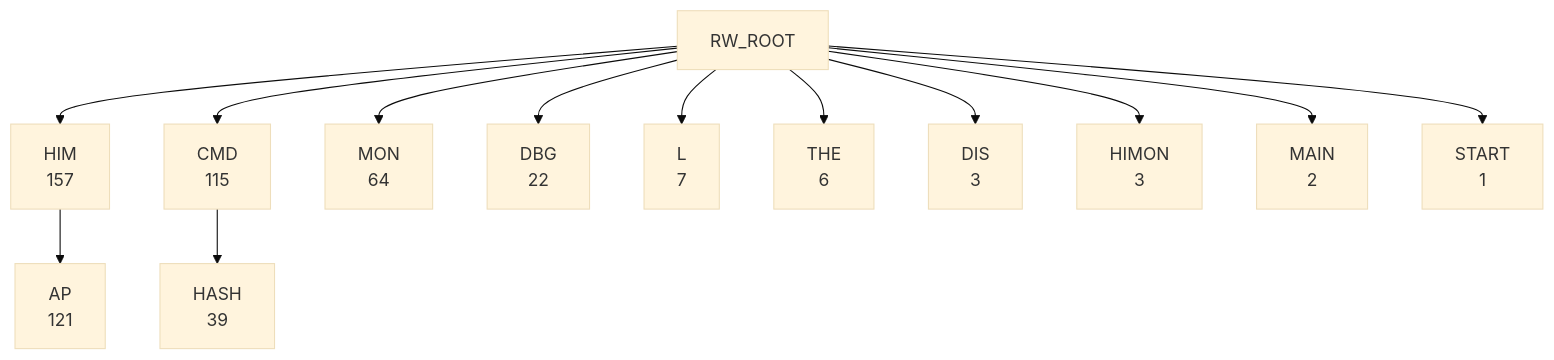
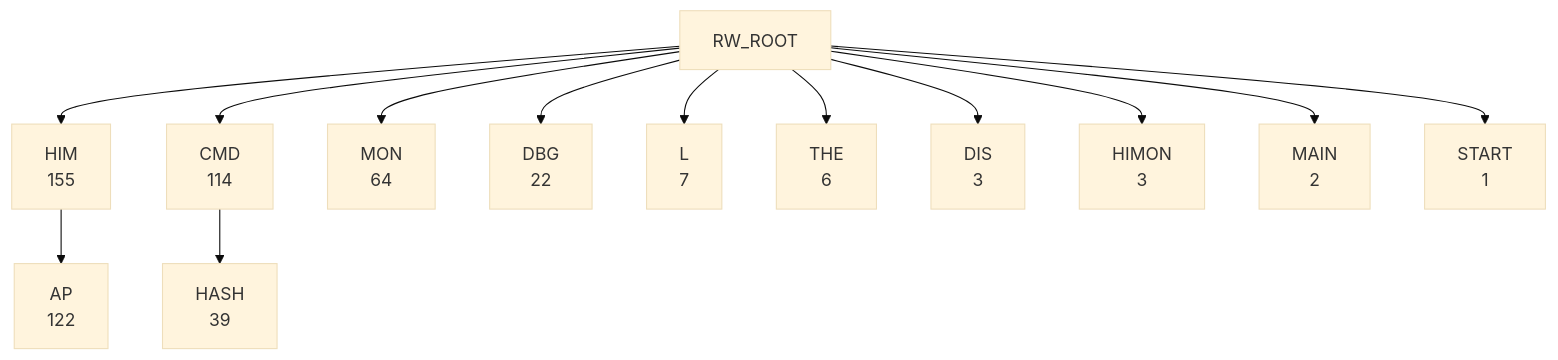
The second of 8 diagrams in DOC/GENERATED/ROUTINE_WORD_TREE.md (95westus/R-YORS), drawn with Mermaid (base theme) before and after one commit. The commit also changed other lines of this file and 243 other files, not shown here.

````diff
--- a/DOC/GENERATED/ROUTINE_WORD_TREE.md
+++ b/DOC/GENERATED/ROUTINE_WORD_TREE.md
@@ -29,15 +29,15 @@
 ```mermaid
 flowchart TD
-    RW_ROOT --> RW_HIM["HIM<br/>157"]
-    RW_ROOT --> RW_CMD["CMD<br/>115"]
+    RW_ROOT --> RW_HIM["HIM<br/>155"]
+    RW_ROOT --> RW_CMD["CMD<br/>114"]
     RW_ROOT --> RW_MON["MON<br/>64"]
     RW_ROOT --> RW_DBG["DBG<br/>22"]
     RW_ROOT --> RW_L["L<br/>7"]
     RW_ROOT --> RW_THE["THE<br/>6"]
     RW_ROOT --> RW_DIS["DIS<br/>3"]
     RW_ROOT --> RW_HIMON["HIMON<br/>3"]
     RW_ROOT --> RW_MAIN["MAIN<br/>2"]
     RW_ROOT --> RW_START["START<br/>1"]
-    RW_HIM --> RW_HIM_AP["AP<br/>121"]
+    RW_HIM --> RW_HIM_AP["AP<br/>122"]
     RW_CMD --> RW_CMD_HASH["HASH<br/>39"]
 ```
````
